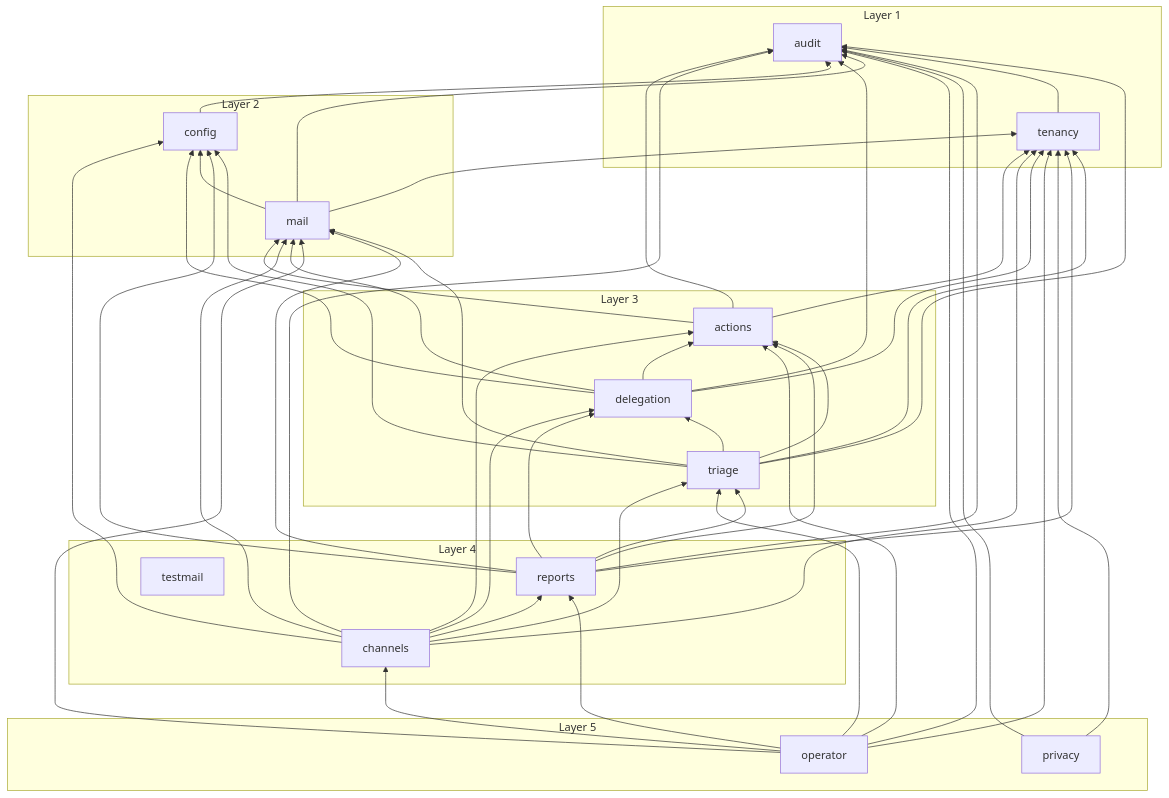
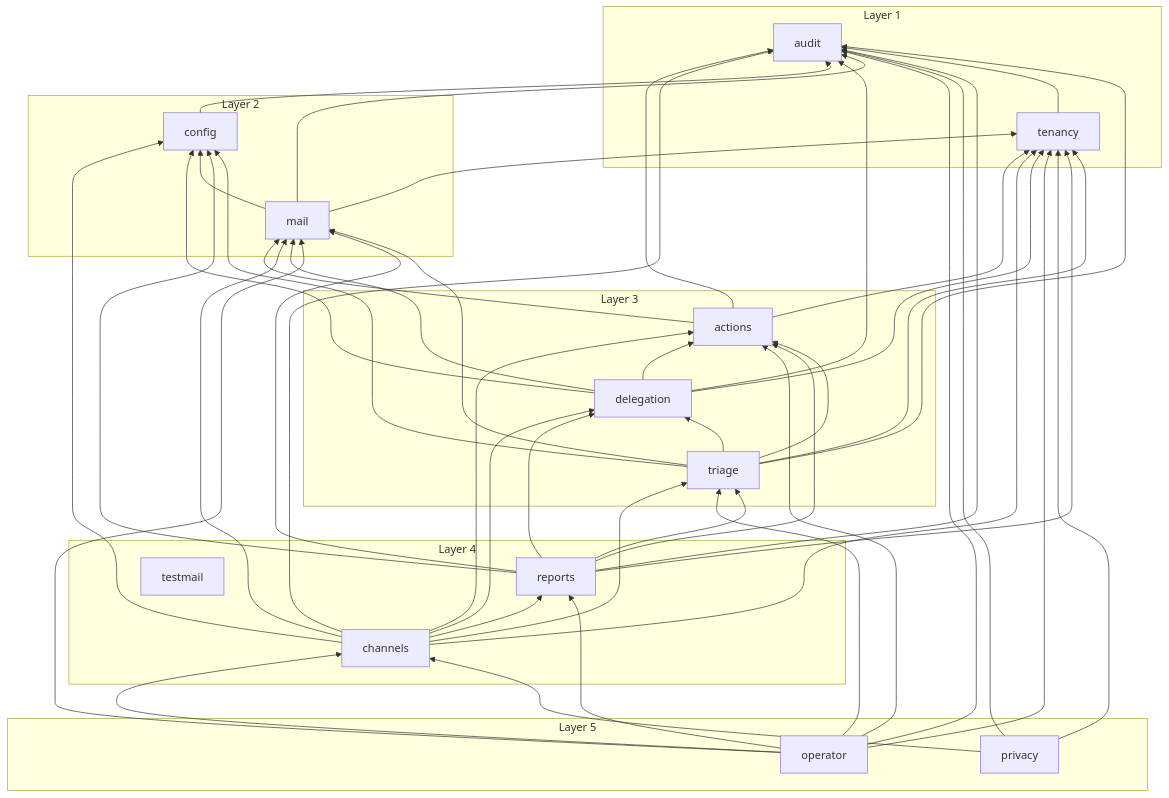
The diagram in docs/diagrams/module-graph.md (Artexs/email_assistant), drawn with Mermaid before and after one commit. The commit also changed 1 other file, not shown here.

Commit message:
F106 stage 09 N1: module graph (privacy imports channels)

````diff
--- a/docs/diagrams/module-graph.md
+++ b/docs/diagrams/module-graph.md
@@ -7,68 +7,69 @@
 ```mermaid
 flowchart BT
   subgraph group1["Layer 1"]
     audit
     tenancy
   end
   subgraph group2["Layer 2"]
     config
     mail
   end
   subgraph group3["Layer 3"]
     triage
     actions
     delegation
   end
   subgraph group4["Layer 4"]
     reports
     channels
     testmail
   end
   subgraph group5["Layer 5"]
     operator
     privacy
   end
   actions --> audit
   actions --> mail
   actions --> tenancy
   channels --> actions
   channels --> audit
   channels --> config
   channels --> delegation
   channels --> mail
   channels --> reports
   channels --> tenancy
   channels --> triage
   config --> audit
   delegation --> actions
   delegation --> audit
   delegation --> config
   delegation --> mail
   delegation --> tenancy
   mail --> audit
   mail --> config
   mail --> tenancy
   operator --> actions
   operator --> audit
   operator --> channels
   operator --> mail
   operator --> reports
   operator --> tenancy
   operator --> triage
   privacy --> audit
+  privacy --> channels
   privacy --> tenancy
   reports --> actions
   reports --> audit
   reports --> config
   reports --> delegation
   reports --> mail
   reports --> tenancy
   reports --> triage
   tenancy --> audit
   triage --> actions
   triage --> audit
   triage --> config
   triage --> delegation
   triage --> mail
   triage --> tenancy
 ```
````
